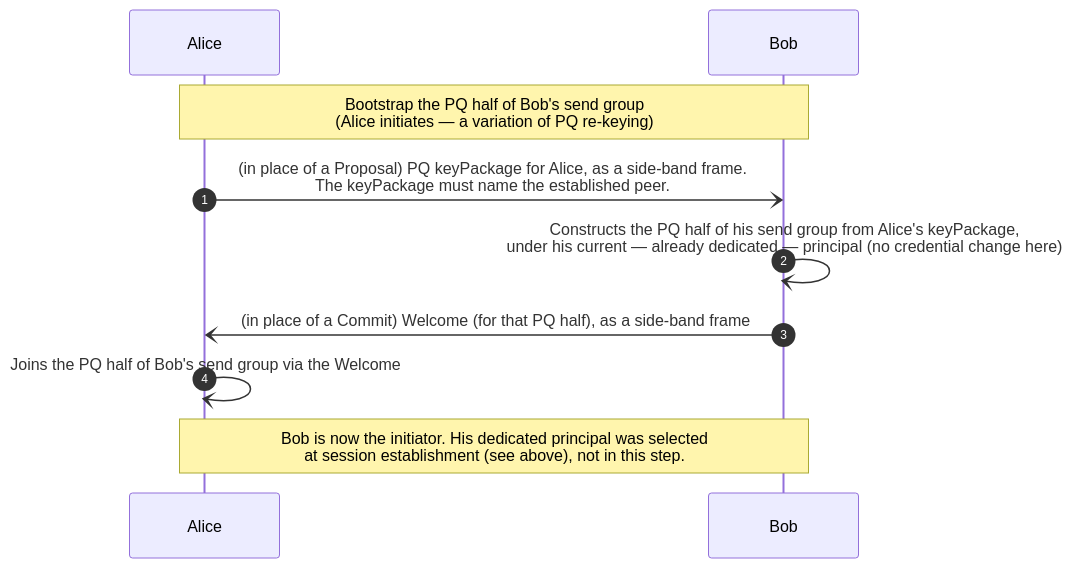
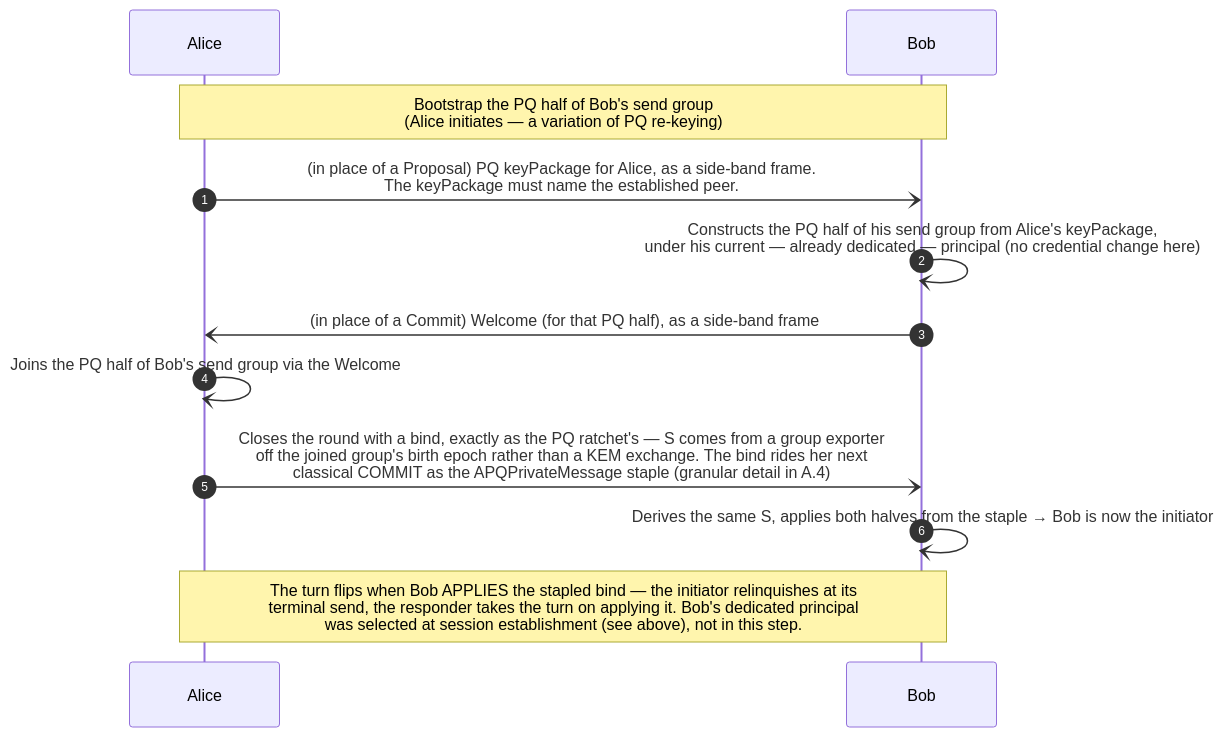
Before and after one commit to germ-network/TwoMLSPQ: the third of 10 diagrams in two-mls-pq/book/src/protocol-flows.md, drawn with Mermaid. The commit also changed other lines of this file and 5 other files, not shown here.

First line of the commit message:
Bring the MSD's top-level diagrams up to the implemented protocol

````diff
--- a/two-mls-pq/book/src/protocol-flows.md
+++ b/two-mls-pq/book/src/protocol-flows.md
@@ -199,13 +199,15 @@
 ```mermaid
 sequenceDiagram
     autonumber
     participant Alice
     participant Bob
 
     Note over Alice,Bob: Bootstrap the PQ half of Bob's send group<br/>(Alice initiates — a variation of PQ re-keying)
     Alice-)Bob: (in place of a Proposal) PQ keyPackage for Alice, as a side-band frame.<br/>The keyPackage must name the established peer.
     Bob-)Bob: Constructs the PQ half of his send group from Alice's keyPackage,<br/>under his current — already dedicated — principal (no credential change here)
     Bob-)Alice: (in place of a Commit) Welcome (for that PQ half), as a side-band frame
     Alice-)Alice: Joins the PQ half of Bob's send group via the Welcome
-    Note over Alice,Bob: Bob is now the initiator. His dedicated principal was selected<br/>at session establishment (see above), not in this step.
+    Alice-)Bob: Closes the round with a bind, exactly as the PQ ratchet's — S comes from a group exporter<br/>off the joined group's birth epoch rather than a KEM exchange. The bind rides her next<br/>classical COMMIT as the APQPrivateMessage staple (granular detail in A.4)
+    Bob-)Bob: Derives the same S, applies both halves from the staple → Bob is now the initiator
+    Note over Alice,Bob: The turn flips when Bob APPLIES the stapled bind — the initiator relinquishes at its<br/>terminal send, the responder takes the turn on applying it. Bob's dedicated principal<br/>was selected at session establishment (see above), not in this step.
 ```
````
